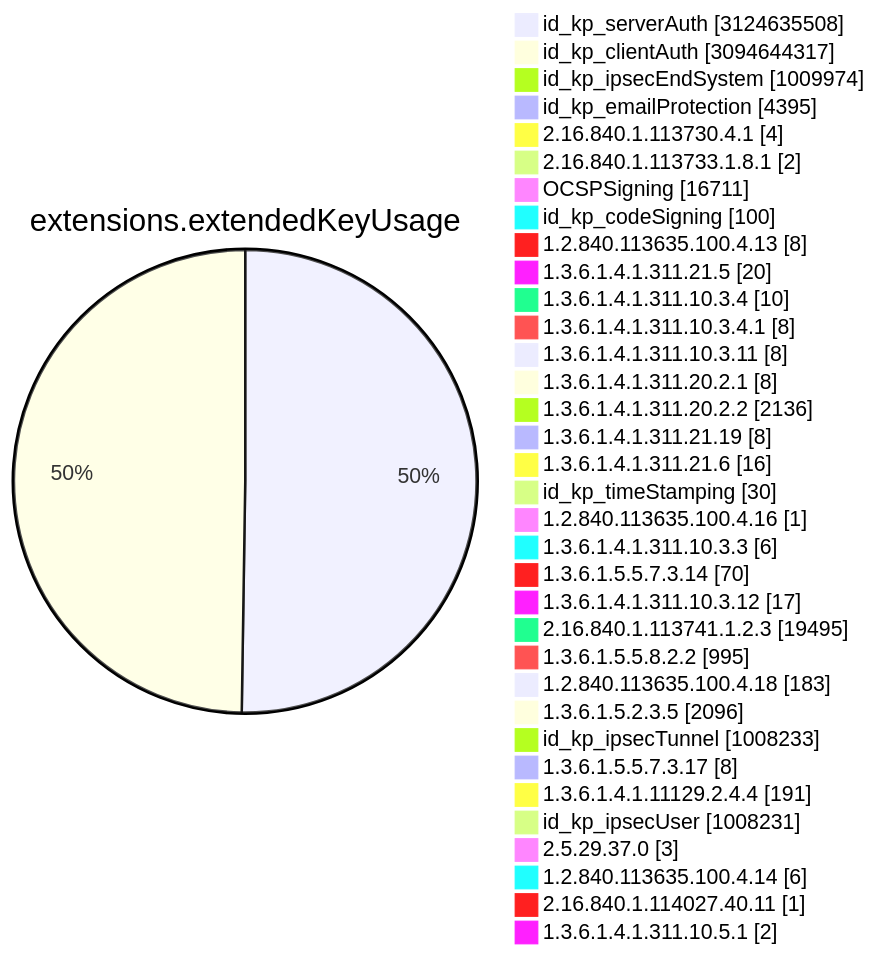
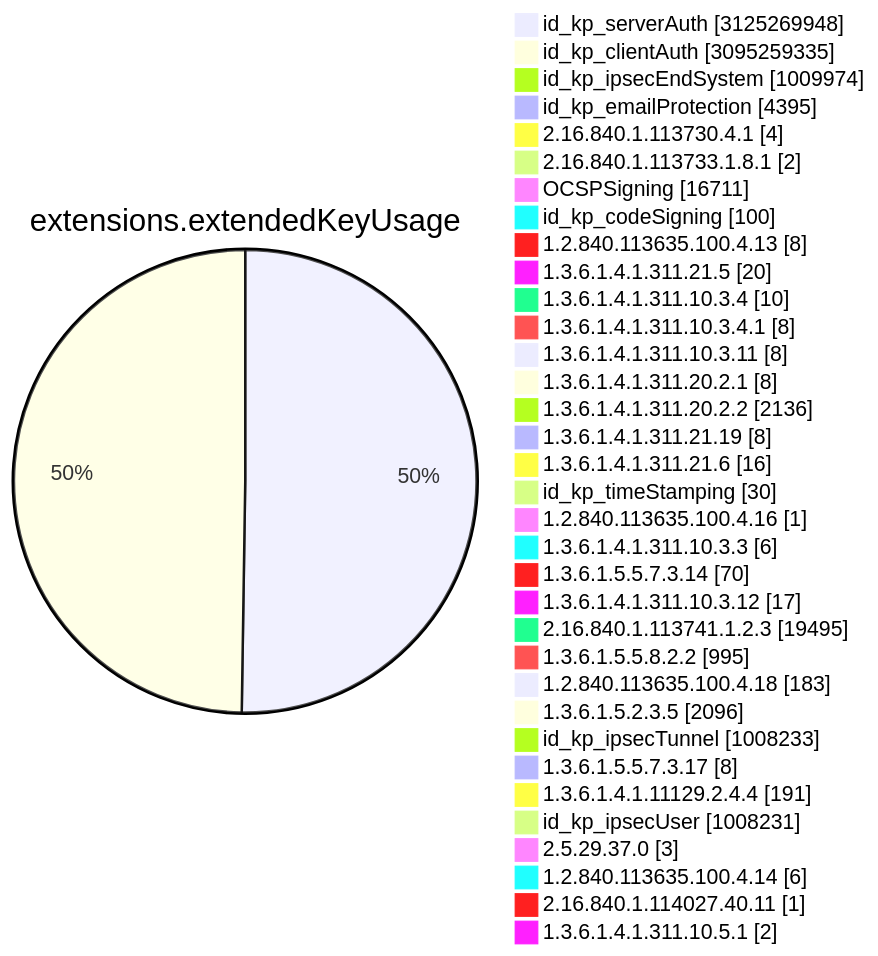
Before and after one commit to christiankrug/ctmonitor_visualization: diagram 11 of 15 in TOTAL/README.md, drawn with Mermaid. The commit also changed other lines of this file, not shown here.

````diff
--- a/TOTAL/README.md
+++ b/TOTAL/README.md
@@ -4119,38 +4119,38 @@
 ```mermaid
 pie showData
 title extensions.extendedKeyUsage
-"id_kp_serverAuth" :3124635508
-"id_kp_clientAuth" :3094644317
+"id_kp_serverAuth" :3125269948
+"id_kp_clientAuth" :3095259335
 "id_kp_ipsecEndSystem" :1009974
 "id_kp_emailProtection" :4395
 "2.16.840.1.113730.4.1" :4
 "2.16.840.1.113733.1.8.1" :2
 "OCSPSigning" :16711
 "id_kp_codeSigning" :100
 "1.2.840.113635.100.4.13" :8
 "1.3.6.1.4.1.311.21.5" :20
 "1.3.6.1.4.1.311.10.3.4" :10
 "1.3.6.1.4.1.311.10.3.4.1" :8
 "1.3.6.1.4.1.311.10.3.11" :8
 "1.3.6.1.4.1.311.20.2.1" :8
 "1.3.6.1.4.1.311.20.2.2" :2136
 "1.3.6.1.4.1.311.21.19" :8
 "1.3.6.1.4.1.311.21.6" :16
 "id_kp_timeStamping" :30
 "1.2.840.113635.100.4.16" :1
 "1.3.6.1.4.1.311.10.3.3" :6
 "1.3.6.1.5.5.7.3.14" :70
 "1.3.6.1.4.1.311.10.3.12" :17
 "2.16.840.1.113741.1.2.3" :19495
 "1.3.6.1.5.5.8.2.2" :995
 "1.2.840.113635.100.4.18" :183
 "1.3.6.1.5.2.3.5" :2096
 "id_kp_ipsecTunnel" :1008233
 "1.3.6.1.5.5.7.3.17" :8
 "1.3.6.1.4.1.11129.2.4.4" :191
 "id_kp_ipsecUser" :1008231
 "2.5.29.37.0" :3
 "1.2.840.113635.100.4.14" :6
 "2.16.840.1.114027.40.11" :1
 "1.3.6.1.4.1.311.10.5.1" :2
 ```
````
